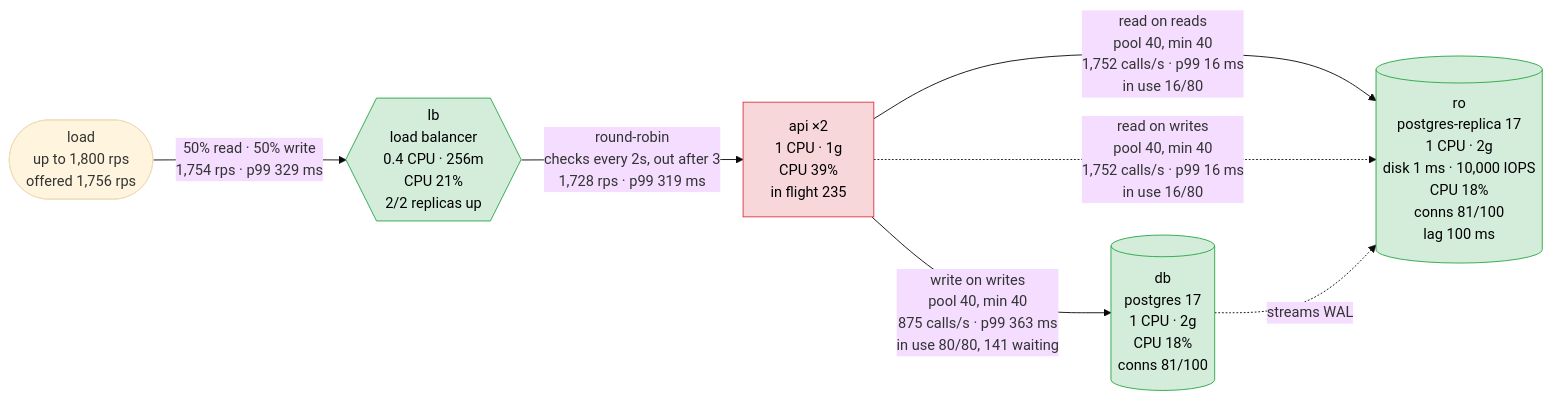
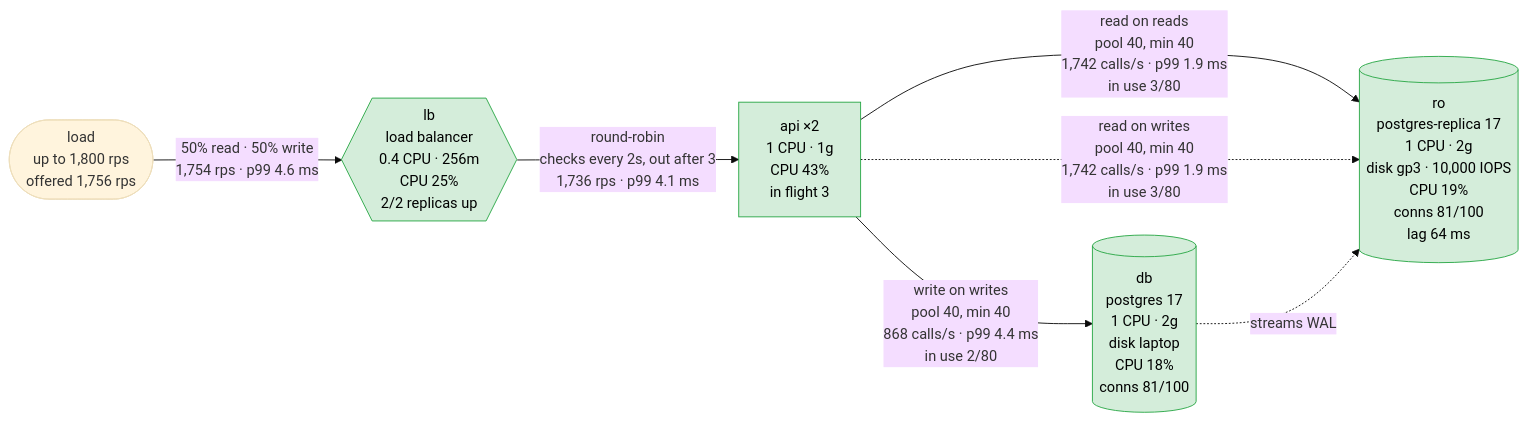
One commit to akinfemi/load-lore changed the first of 5 diagrams in scenarios/stale-orders/solutions/bigger-replica/report.md. Above: the diagram before and after it, drawn with Mermaid (base theme). The commit also changed other lines of this file and 125 other files, not shown here.

````diff
--- a/scenarios/stale-orders/solutions/bigger-replica/report.md
+++ b/scenarios/stale-orders/solutions/bigger-replica/report.md
@@ -15,19 +15,18 @@
 ```mermaid
 flowchart LR
     load(["load<br/>up to 1,800 rps<br/>offered 1,756 rps"])
-    lb{{"lb<br/>load balancer<br/>0.4 CPU · 256m<br/>CPU 21%<br/>2/2 replicas up"}}
-    api["api ×2<br/>1 CPU · 1g<br/>CPU 39%<br/>in flight 235"]
-    ro[("ro<br/>postgres-replica 17<br/>1 CPU · 2g<br/>disk 1 ms · 10,000 IOPS<br/>CPU 18%<br/>conns 81/100<br/>lag 100 ms")]
-    db[("db<br/>postgres 17<br/>1 CPU · 2g<br/>CPU 18%<br/>conns 81/100")]
-    load -->|"50% read · 50% write<br/>1,754 rps · p99 329 ms"| lb
-    lb -->|"round-robin<br/>checks every 2s, out after 3<br/>1,728 rps · p99 319 ms"| api
-    api -->|"read on reads<br/>pool 40, min 40<br/>1,752 calls/s · p99 16 ms<br/>in use 16/80"| ro
-    api -->|"write on writes<br/>pool 40, min 40<br/>875 calls/s · p99 363 ms<br/>in use 80/80, 141 waiting"| db
-    api -.->|"read on writes<br/>pool 40, min 40<br/>1,752 calls/s · p99 16 ms<br/>in use 16/80"| ro
+    lb{{"lb<br/>load balancer<br/>0.4 CPU · 256m<br/>CPU 25%<br/>2/2 replicas up"}}
+    api["api ×2<br/>1 CPU · 1g<br/>CPU 43%<br/>in flight 3"]
+    ro[("ro<br/>postgres-replica 17<br/>1 CPU · 2g<br/>disk gp3 · 10,000 IOPS<br/>CPU 19%<br/>conns 81/100<br/>lag 64 ms")]
+    db[("db<br/>postgres 17<br/>1 CPU · 2g<br/>disk laptop<br/>CPU 18%<br/>conns 81/100")]
+    load -->|"50% read · 50% write<br/>1,754 rps · p99 4.6 ms"| lb
+    lb -->|"round-robin<br/>checks every 2s, out after 3<br/>1,736 rps · p99 4.1 ms"| api
+    api -->|"read on reads<br/>pool 40, min 40<br/>1,742 calls/s · p99 1.9 ms<br/>in use 3/80"| ro
+    api -->|"write on writes<br/>pool 40, min 40<br/>868 calls/s · p99 4.4 ms<br/>in use 2/80"| db
+    api -.->|"read on writes<br/>pool 40, min 40<br/>1,742 calls/s · p99 1.9 ms<br/>in use 3/80"| ro
     db -.->|"streams WAL"| ro
     classDef ok fill:#d4edda,stroke:#28a745,color:#000
     classDef warm fill:#fff3cd,stroke:#d39e00,color:#000
     classDef hot fill:#f8d7da,stroke:#dc3545,color:#000
-    class lb,ro,db ok
-    class api hot
+    class lb,api,ro,db ok
 ```
````
